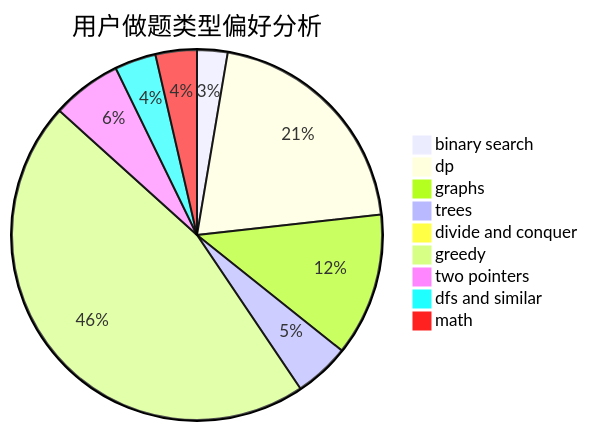
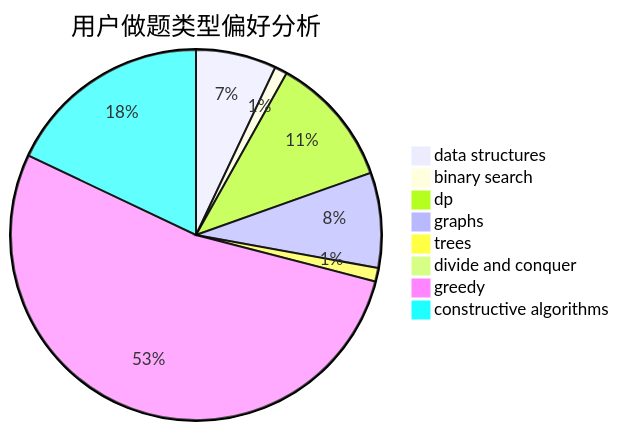
Before and after one commit to sherpahu/cfrs.github.io: the second of 3 diagrams in docs/user/u452.md, drawn with Mermaid. The commit also changed other lines of this file and 2775 other files, not shown here.

````diff
--- a/docs/user/u452.md
+++ b/docs/user/u452.md
@@ -23,12 +23,11 @@
 ```mermaid
 pie title 用户做题类型偏好分析
-    "binary search" :  45
-    "dp" :  348
-    "graphs" :  211
-    "trees" :  82
-    "divide and conquer" :  5
-    "greedy" :  780
-    "two pointers" :  103
-    "dfs and similar" :  61
-    "math" :  61
+    "data structures" :  83
+    "binary search" :  13
+    "dp" :  135
+    "graphs" :  98
+    "trees" :  14
+    "divide and conquer" :  0
+    "greedy" :  626
+    "constructive algorithms" :  212
 ```
````
